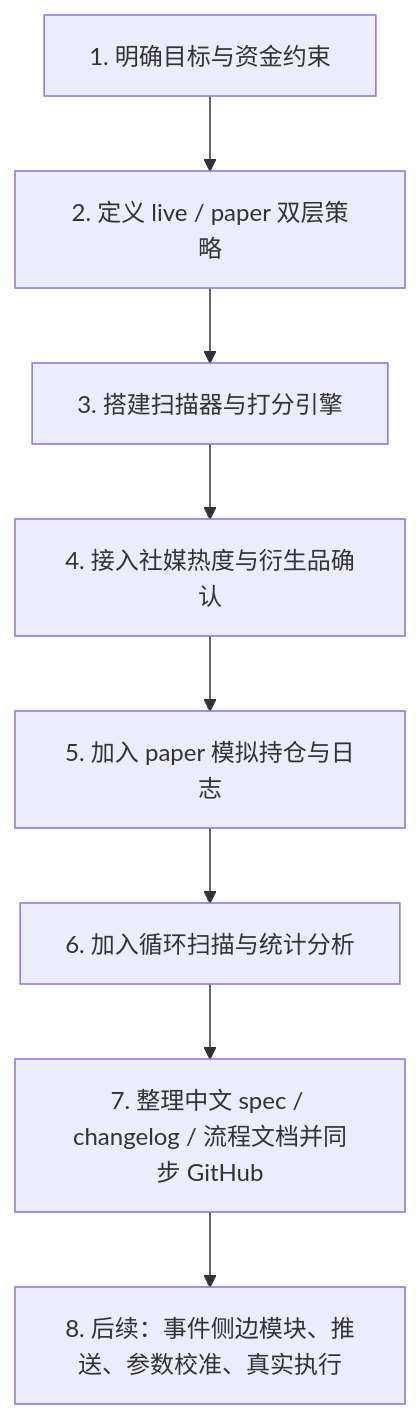
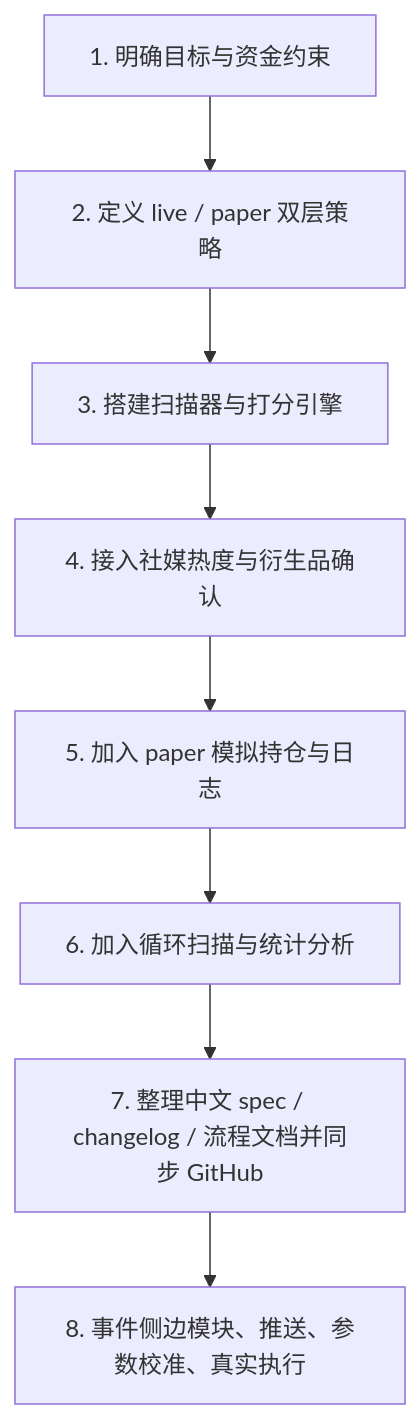
One commit to boboligmail/perp_opportunity_agent changed the diagram in PROCESS_FLOW.md. Above: the diagram before and after it, drawn with Mermaid. The commit also changed other lines of this file and 4 other files, not shown here.

````diff
--- a/PROCESS_FLOW.md
+++ b/PROCESS_FLOW.md
@@ -10,10 +10,10 @@
 ```mermaid
 flowchart TD
     A["1. 明确目标与资金约束"] --> B["2. 定义 live / paper 双层策略"]
     B --> C["3. 搭建扫描器与打分引擎"]
     C --> D["4. 接入社媒热度与衍生品确认"]
     D --> E["5. 加入 paper 模拟持仓与日志"]
     E --> F["6. 加入循环扫描与统计分析"]
     F --> G["7. 整理中文 spec / changelog / 流程文档并同步 GitHub"]
-    G --> H["8. 后续：事件侧边模块、推送、参数校准、真实执行"]
+    G --> H["8. 事件侧边模块、推送、参数校准、真实执行"]
 ```
````
